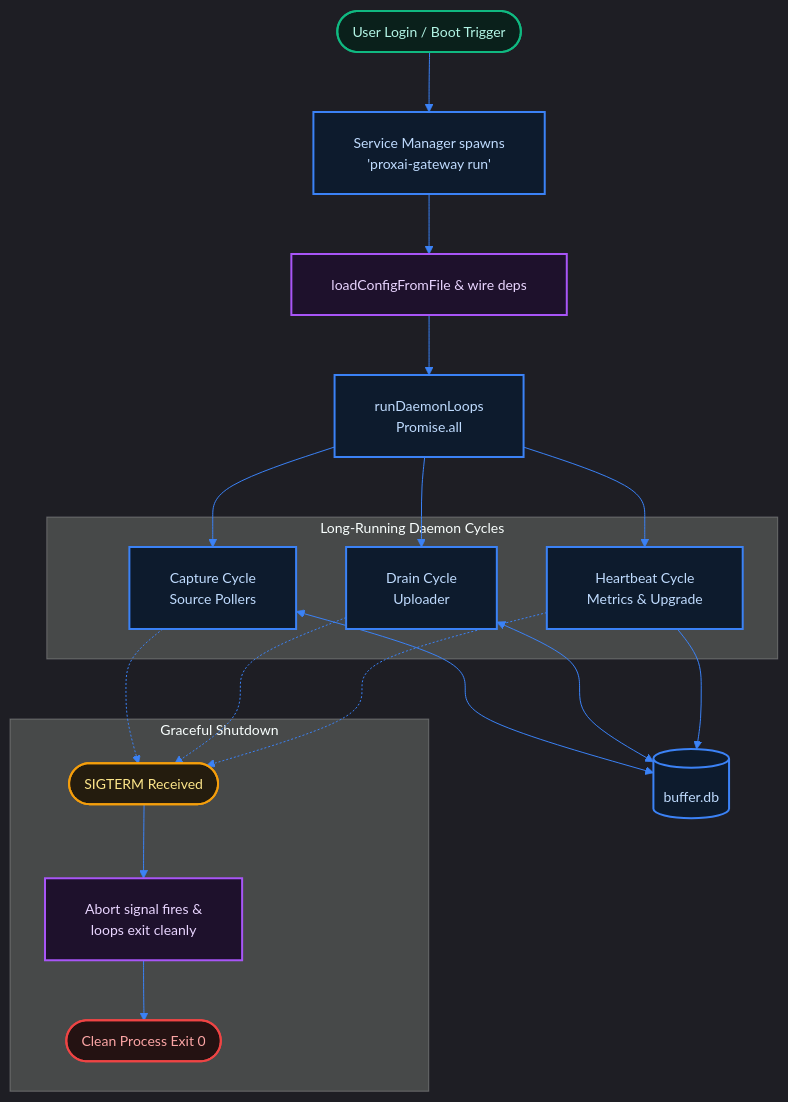
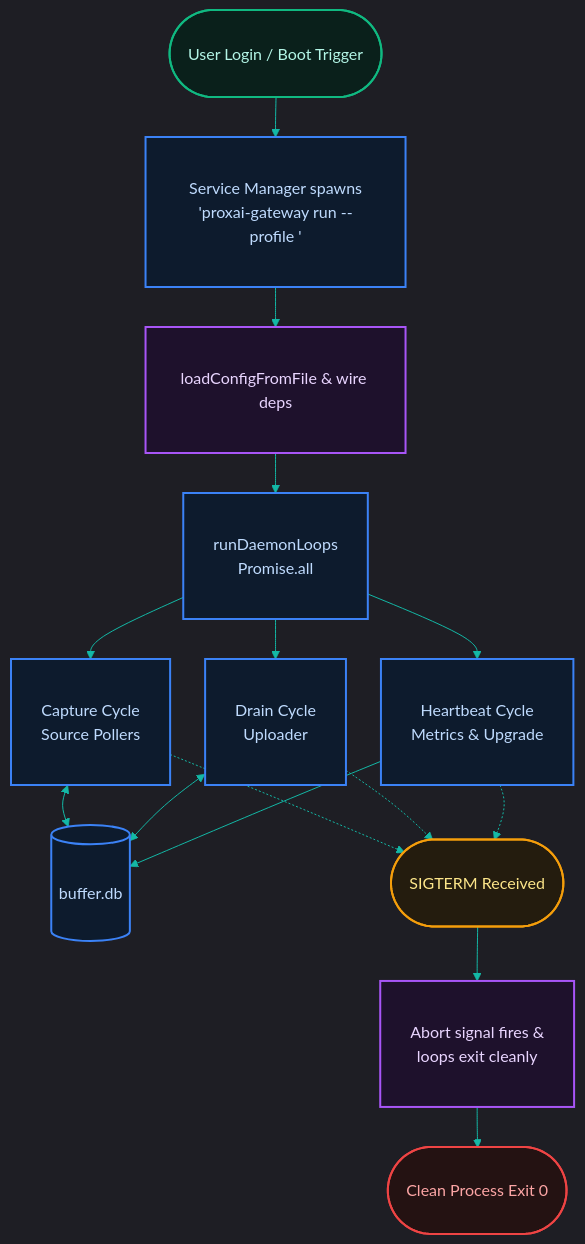
One commit to proxai/proxai_gateway changed the diagram in docs/06-operations/6.2-daemon-and-service-unit.md. Above: the diagram before and after it, drawn with Mermaid. The commit also changed other lines of this file and 68 other files, not shown here.

````diff
--- a/docs/06-operations/6.2-daemon-and-service-unit.md
+++ b/docs/06-operations/6.2-daemon-and-service-unit.md
@@ -13,63 +15,37 @@
 ```mermaid
-%%{init: {'flowchart': {'useMaxWidth': false, 'htmlLabels': true, 'curve': 'basis', 'nodeSpacing': 50, 'rankSpacing': 60, 'padding': 20}, 'theme': 'dark', 'themeVariables': {'background': '#070c14', 'primaryColor': '#0d1b2d', 'edgeLabelBackground': '#070c14', 'lineColor': '#3b82f6', 'fontSize': '14px'}}}%%
+%%{init: {"theme": "dark", "themeVariables": {"primaryColor": "#0a201b", "primaryTextColor": "#ccfbf1", "primaryBorderColor": "#14b8a6", "lineColor": "#14b8a6", "fontFamily": "Inter, sans-serif"}, "flowchart": {"nodeSpacing": 35, "rankSpacing": 40}}}%%
 flowchart TD
-  %% Nodes
-  login(["User Login / Boot Trigger"])
-  spawn["Service Manager spawns<br/>'proxai-gateway run'"]
-  load["loadConfigFromFile & wire deps"]
-  daemon["runDaemonLoops<br/>Promise.all"]
-
-  subgraph Loops ["Long-Running Daemon Cycles"]
-    capture["Capture Cycle<br/>Source Pollers"]
-    drain["Drain Cycle<br/>Uploader"]
-    hb["Heartbeat Cycle<br/>Metrics & Upgrade"]
-  end
-
-  db[("buffer.db")]
-
-  subgraph Teardown ["Graceful Shutdown"]
-    sigterm(["SIGTERM Received"])
-    abort["Abort signal fires &<br/>loops exit cleanly"]
-    cleanExit(["Clean Process Exit 0"])
-  end
-
-  %% Connections
-  login --> spawn
-  spawn --> load
-  load --> daemon
-
-  daemon --> capture
-  daemon --> drain
-  daemon --> hb
-
-  capture <--> db
+  login(["User Login / Boot Trigger"]) --> spawn["Service Manager spawns<br/>'proxai-gateway run --profile <name>'"]
+  spawn --> load["loadConfigFromFile & wire deps"]
+  load --> daemon["runDaemonLoops<br/>Promise.all"]
+  daemon --> capture["Capture Cycle<br/>Source Pollers"]
+  daemon --> drain["Drain Cycle<br/>Uploader"]
+  daemon --> hb["Heartbeat Cycle<br/>Metrics & Upgrade"]
+  capture <--> db[("buffer.db")]
   drain <--> db
   hb --> db
-
-  capture -.-> sigterm
+  capture -.-> sigterm(["SIGTERM Received"])
   drain -.-> sigterm
   hb -.-> sigterm
+  sigterm --> abort["Abort signal fires &<br/>loops exit cleanly"]
+  abort --> cleanExit(["Clean Process Exit 0"])
 
-  sigterm --> abort
-  abort --> cleanExit
-
-  %% Styling & Class Definitions
-  classDef startNode fill:#0a201b,stroke:#10b981,stroke-width:2px,color:#b3f5e6;
-  classDef stopNode fill:#241212,stroke:#ef4444,stroke-width:2px,color:#fca5a5;
-  classDef decNode fill:#241c0e,stroke:#f59e0b,stroke-width:2px,color:#fde68a;
-  classDef processNode fill:#0d1b2d,stroke:#3b82f6,stroke-width:2px,color:#bfdbfe;
-  classDef actionNode fill:#1e112c,stroke:#a855f7,stroke-width:2px,color:#e9d5ff;
-  classDef default fill:#0a201b,stroke:#14b8a6,stroke-width:2px,color:#ccfbf1;
+  classDef startNode fill:#0a201b,stroke:#10b981,stroke-width:2px,color:#b3f5e6,padding:10px 25px;
+  classDef stopNode fill:#241212,stroke:#ef4444,stroke-width:2px,color:#fca5a5,padding:10px 25px;
+  classDef decNode fill:#241c0e,stroke:#f59e0b,stroke-width:2px,color:#fde68a,padding:10px 20px;
+  classDef processNode fill:#0d1b2d,stroke:#3b82f6,stroke-width:2px,color:#bfdbfe,padding:10px 20px;
+  classDef actionNode fill:#1e112c,stroke:#a855f7,stroke-width:2px,color:#e9d5ff,padding:10px 20px;
+  classDef default fill:#0a201b,stroke:#14b8a6,stroke-width:2px,color:#ccfbf1,padding:10px 20px;
 
   class login startNode;
   class spawn processNode;
   class load actionNode;
   class daemon processNode;
   class capture processNode;
   class drain processNode;
   class hb processNode;
   class db processNode;
   class sigterm decNode;
   class abort actionNode;
   class cleanExit stopNode;
 ```
````
